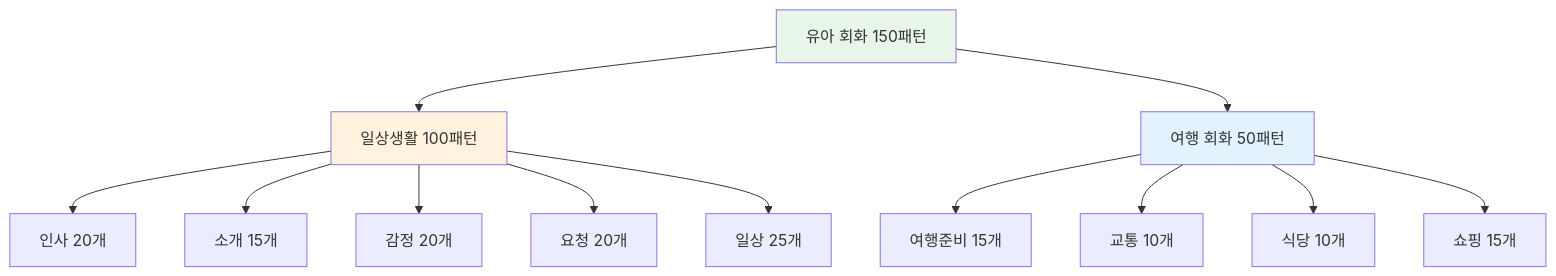
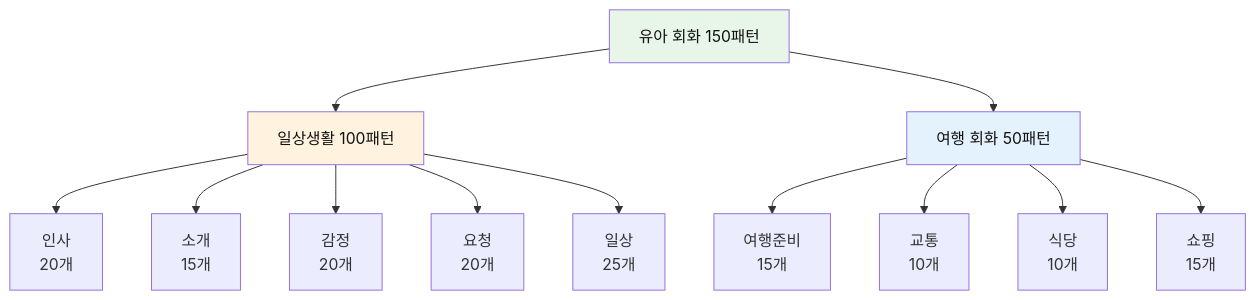
Before and after one commit to Collegenie-X/AI-English: the second of 13 diagrams in 영어_일상_회화/전설의_1_유아_회화_150패턴.md, drawn with Mermaid. The commit also changed other lines of this file and 26 other files, not shown here.

````diff
--- a/영어_일상_회화/전설의_1_유아_회화_150패턴.md
+++ b/영어_일상_회화/전설의_1_유아_회화_150패턴.md
@@ -32,20 +42,20 @@
 ```mermaid
 graph TB
     A[유아 회화 150패턴] --> B[일상생활 100패턴]
     A --> C[여행 회화 50패턴]
     
-    B --> B1[인사 20개]
-    B --> B2[소개 15개]
-    B --> B3[감정 20개]
-    B --> B4[요청 20개]
-    B --> B5[일상 25개]
+    B --> B1[인사 <br>20개]
+    B --> B2[소개 <br>15개]
+    B --> B3[감정 <br>20개]
+    B --> B4[요청 <br>20개]
+    B --> B5[일상 <br>25개]
     
-    C --> C1[여행준비 15개]
-    C --> C2[교통 10개]
-    C --> C3[식당 10개]
-    C --> C4[쇼핑 15개]
+    C --> C1[여행준비 <br>15개]
+    C --> C2[교통 <br>10개]
+    C --> C3[식당 <br>10개]
+    C --> C4[쇼핑 <br>15개]
     
-    style A fill:#e8f5e9
-    style B fill:#fff3e0
-    style C fill:#e3f2fd
+    style A fill:#e8f5e9,color:#111
+    style B fill:#fff3e0,color:#111
+    style C fill:#e3f2fd,color:#111
 ```
````
